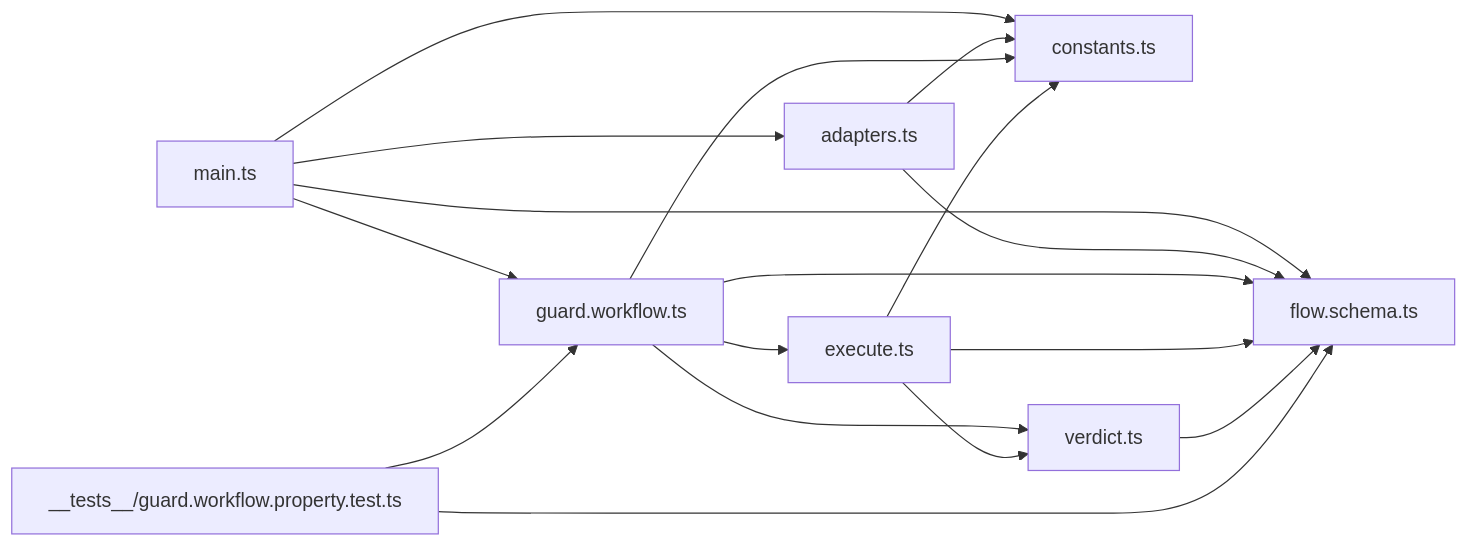
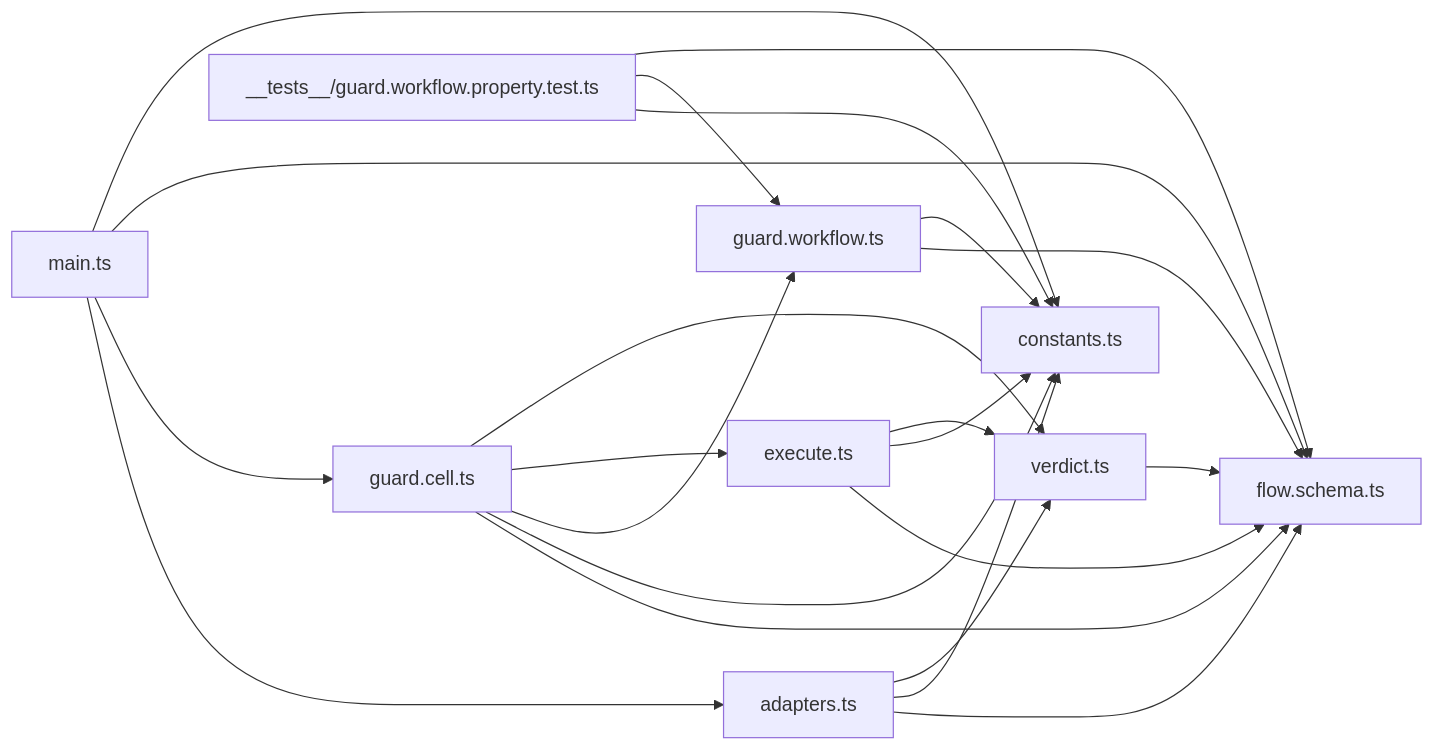
The diagram in docs/audits/oxlint-guard-hook/README.md (systemfsoftware/systemfsoftware), drawn with Mermaid before and after one commit. The commit also changed other lines of this file and 13 other files, not shown here.

Commit message:
refactor(global): route the guard through one cell-mediated IO sandwich

````diff
--- a/docs/audits/oxlint-guard-hook/README.md
+++ b/docs/audits/oxlint-guard-hook/README.md
@@ -26,19 +29,24 @@
 ```mermaid
 flowchart LR
     MAIN[main.ts] --> ADP[adapters.ts]
-    MAIN --> WF[guard.workflow.ts]
+    MAIN --> CELL[guard.cell.ts]
     MAIN --> SCH[flow.schema.ts]
     MAIN --> CONST[constants.ts]
     ADP --> SCH
     ADP --> CONST
+    ADP --> VER[verdict.ts]
+    CELL --> SCH
+    CELL --> CONST
+    CELL --> WF[guard.workflow.ts]
+    CELL --> EXE[execute.ts]
+    CELL --> VER
     WF --> SCH
     WF --> CONST
-    WF --> EXE[execute.ts]
-    WF --> VER[verdict.ts]
     EXE --> SCH
     EXE --> CONST
     EXE --> VER
     VER --> SCH
-    TST[__tests__/guard.workflow.property.test.ts] --> WF
+    TST[__tests__/guard.workflow.property.test.ts] --> CONST
+    TST --> WF
     TST --> SCH
 ```
````
